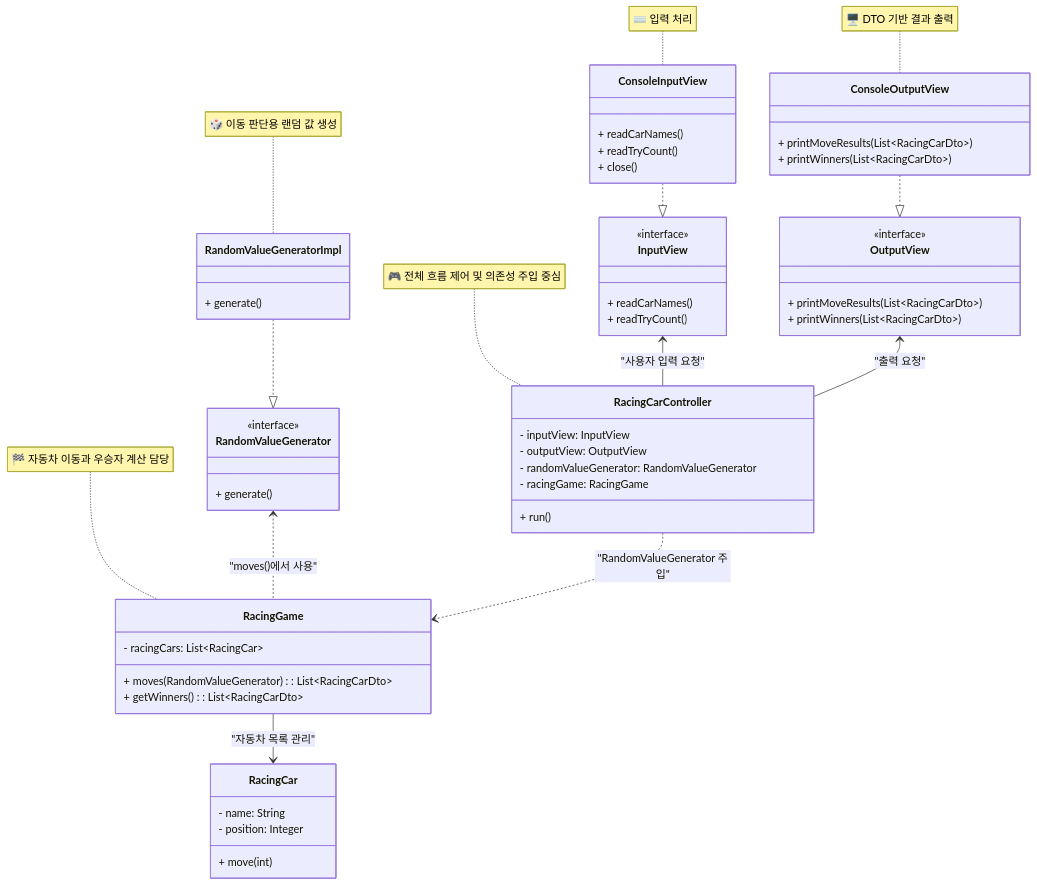
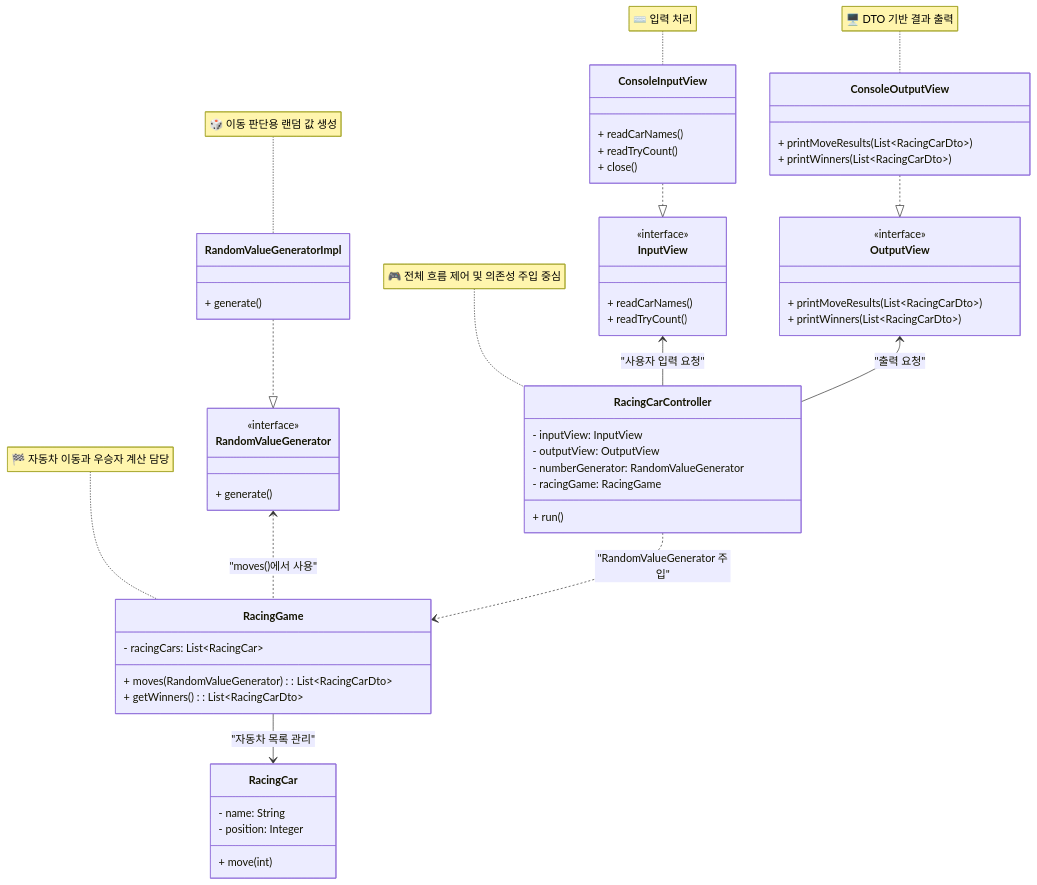
Before and after one commit to bee9827/java-racingcar-8: the diagram in README.md, drawn with Mermaid. The commit also changed other lines of this file and 6 other files, not shown here.

```diff
--- a/README.md
+++ b/README.md
@@ -13,7 +13,7 @@
         + run()
         - inputView: InputView
         - outputView: OutputView
-        - randomValueGenerator: RandomValueGenerator
+        - numberGenerator: RandomValueGenerator
         - racingGame: RacingGame
     }
 
```
